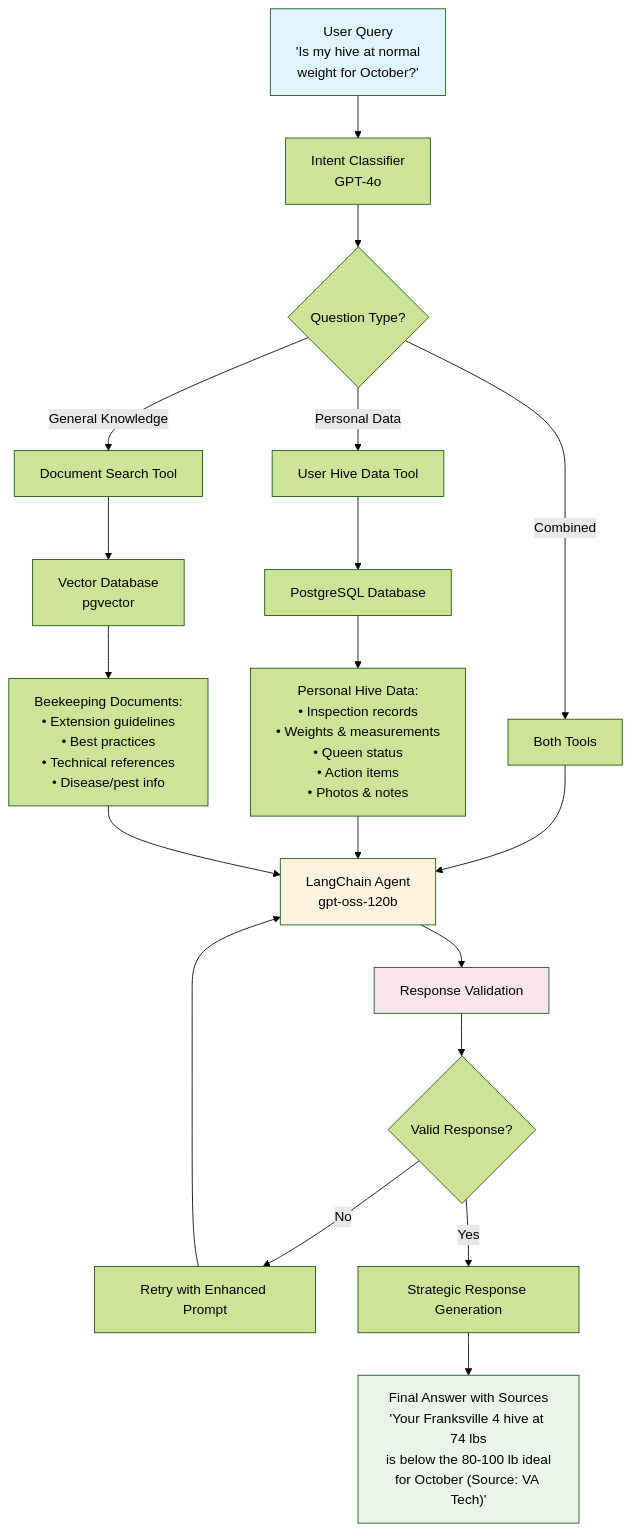
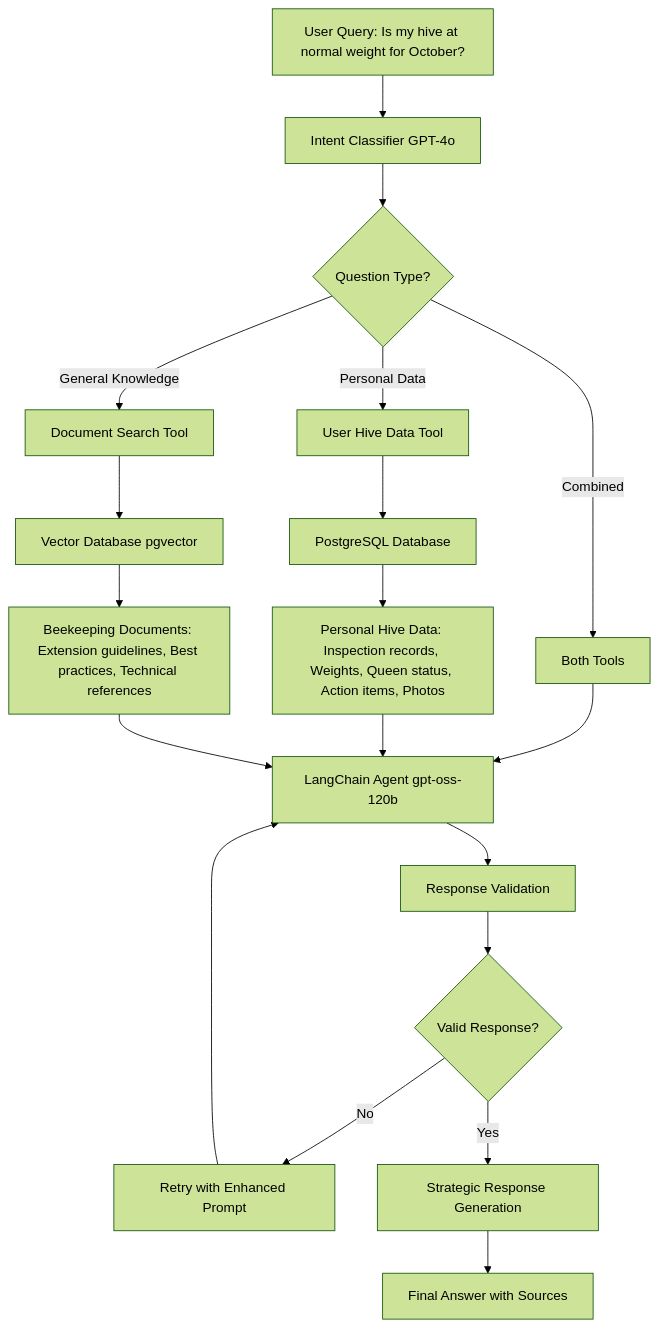
The diagram in README.md (CarolynOlsen/hiveguide_public), drawn with Mermaid (forest theme) before and after one commit.

Commit message:
fix mermaid chart

````diff
--- a/README.md
+++ b/README.md
@@ -86,32 +86,27 @@
 ```mermaid
 flowchart TD
-    A["User Query<br/>'Is my hive at normal<br/>weight for October?'"] --> B[Intent Classifier<br/>GPT-4o]
+    A[User Query: Is my hive at normal weight for October?] --> B[Intent Classifier GPT-4o]
     
     B --> C{Question Type?}
     C -->|Personal Data| D[User Hive Data Tool]
     C -->|General Knowledge| E[Document Search Tool]  
     C -->|Combined| F[Both Tools]
     
     D --> G[PostgreSQL Database]
-    G --> H["Personal Hive Data:<br/>• Inspection records<br/>• Weights & measurements<br/>• Queen status<br/>• Action items<br/>• Photos & notes"]
+    G --> H[Personal Hive Data: Inspection records, Weights, Queen status, Action items, Photos]
     
-    E --> I[Vector Database<br/>pgvector]
-    I --> J["Beekeeping Documents:<br/>• Extension guidelines<br/>• Best practices<br/>• Technical references<br/>• Disease/pest info"]
+    E --> I[Vector Database pgvector]
+    I --> J[Beekeeping Documents: Extension guidelines, Best practices, Technical references]
     
-    F --> K[LangChain Agent<br/>gpt-oss-120b]
+    F --> K[LangChain Agent gpt-oss-120b]
     H --> K
     J --> K
     
     K --> L[Response Validation]
     L --> M{Valid Response?}
     M -->|No| N[Retry with Enhanced Prompt]
     M -->|Yes| O[Strategic Response Generation]
     
     N --> K
-    O --> P["Final Answer with Sources<br/>'Your Franksville 4 hive at 74 lbs<br/>is below the 80-100 lb ideal<br/>for October (Source: VA Tech)'"]
-    
-    style A fill:#e1f5fe
-    style P fill:#e8f5e8
-    style K fill:#fff3e0
-    style L fill:#fce4ec
+    O --> P[Final Answer with Sources]
 ```
````
